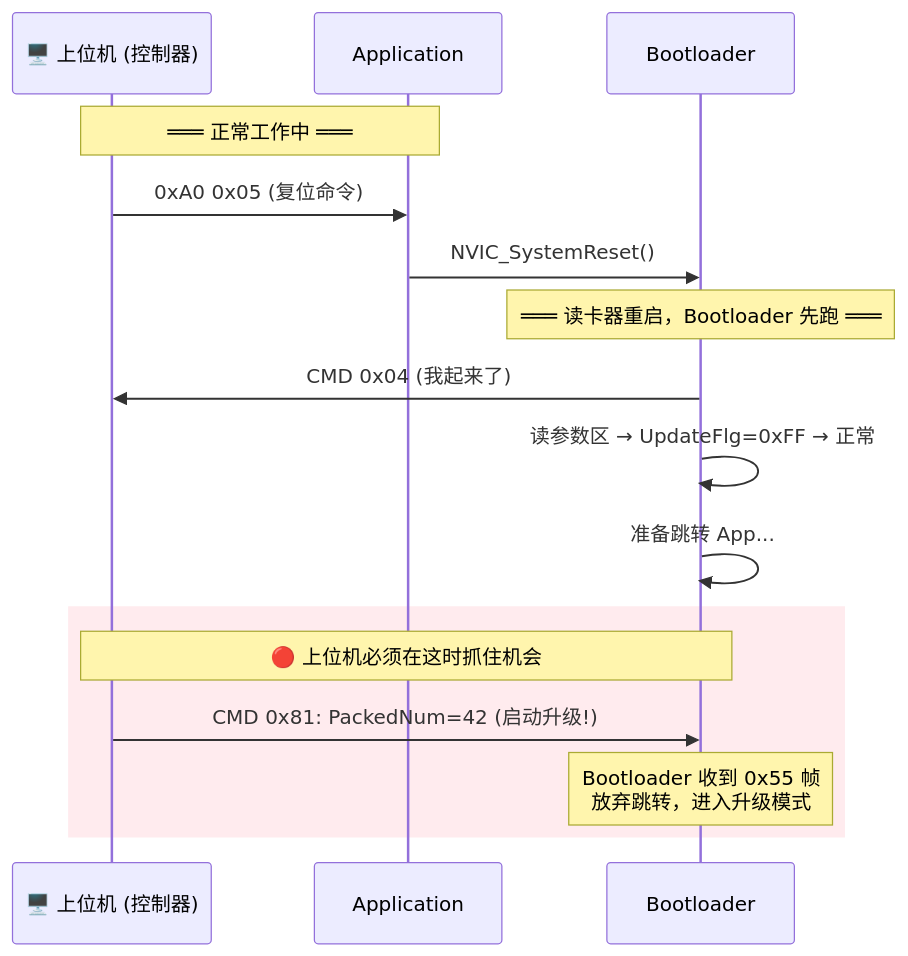
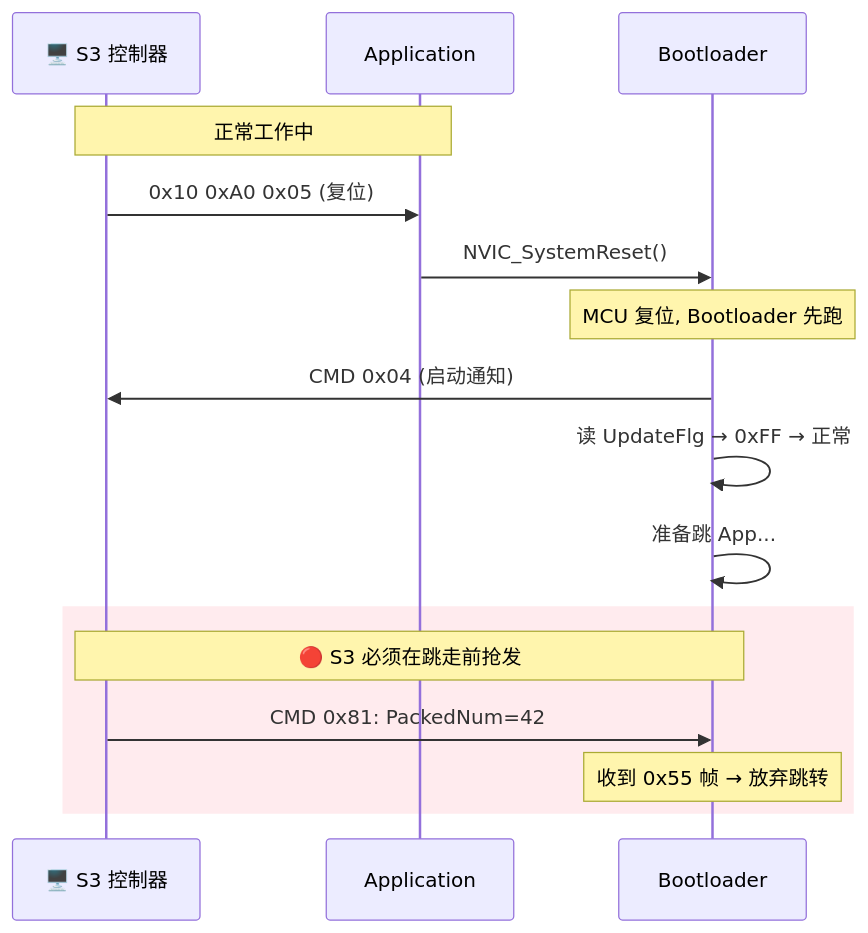
Before and after one commit to Siaiai/ObsidianNote: diagram 13 of 16 in 工作/SR3读卡器/260802SR3读卡器需求.md, drawn with Mermaid. The commit also changed other lines of this file and 3 other files, not shown here.

````diff
--- a/工作/SR3读卡器/260802SR3读卡器需求.md
+++ b/工作/SR3读卡器/260802SR3读卡器需求.md
@@ -632,22 +459,21 @@
 ```mermaid
 sequenceDiagram
-    participant Host as 🖥️ 上位机 (控制器)
+    participant S3 as 🖥️ S3 控制器
     participant App as Application
     participant BL as Bootloader
 
-    Note over Host,App: ═══ 正常工作中 ═══
-
-    Host->>App: 0xA0 0x05 (复位命令)
+    Note over S3,App: 正常工作中
+    S3->>App: 0x10 0xA0 0x05 (复位)
     App->>BL: NVIC_SystemReset()
 
-    Note over BL: ═══ 读卡器重启，Bootloader 先跑 ═══
-    BL->>Host: CMD 0x04 (我起来了)
-    BL->>BL: 读参数区 → UpdateFlg=0xFF → 正常
-    BL->>BL: 准备跳转 App...
+    Note over BL: MCU 复位, Bootloader 先跑
+    BL->>S3: CMD 0x04 (启动通知)
+    BL->>BL: 读 UpdateFlg → 0xFF → 正常
+    BL->>BL: 准备跳 App...
 
     rect rgb(255, 235, 238)
-        Note over Host,BL: 🔴 上位机必须在这时抓住机会
-        Host->>BL: CMD 0x81: PackedNum=42 (启动升级!)
-        Note over BL: Bootloader 收到 0x55 帧<br/>放弃跳转，进入升级模式
+        Note over S3,BL: 🔴 S3 必须在跳走前抢发
+        S3->>BL: CMD 0x81: PackedNum=42
+        Note over BL: 收到 0x55 帧 → 放弃跳转
     end
 ```
````
